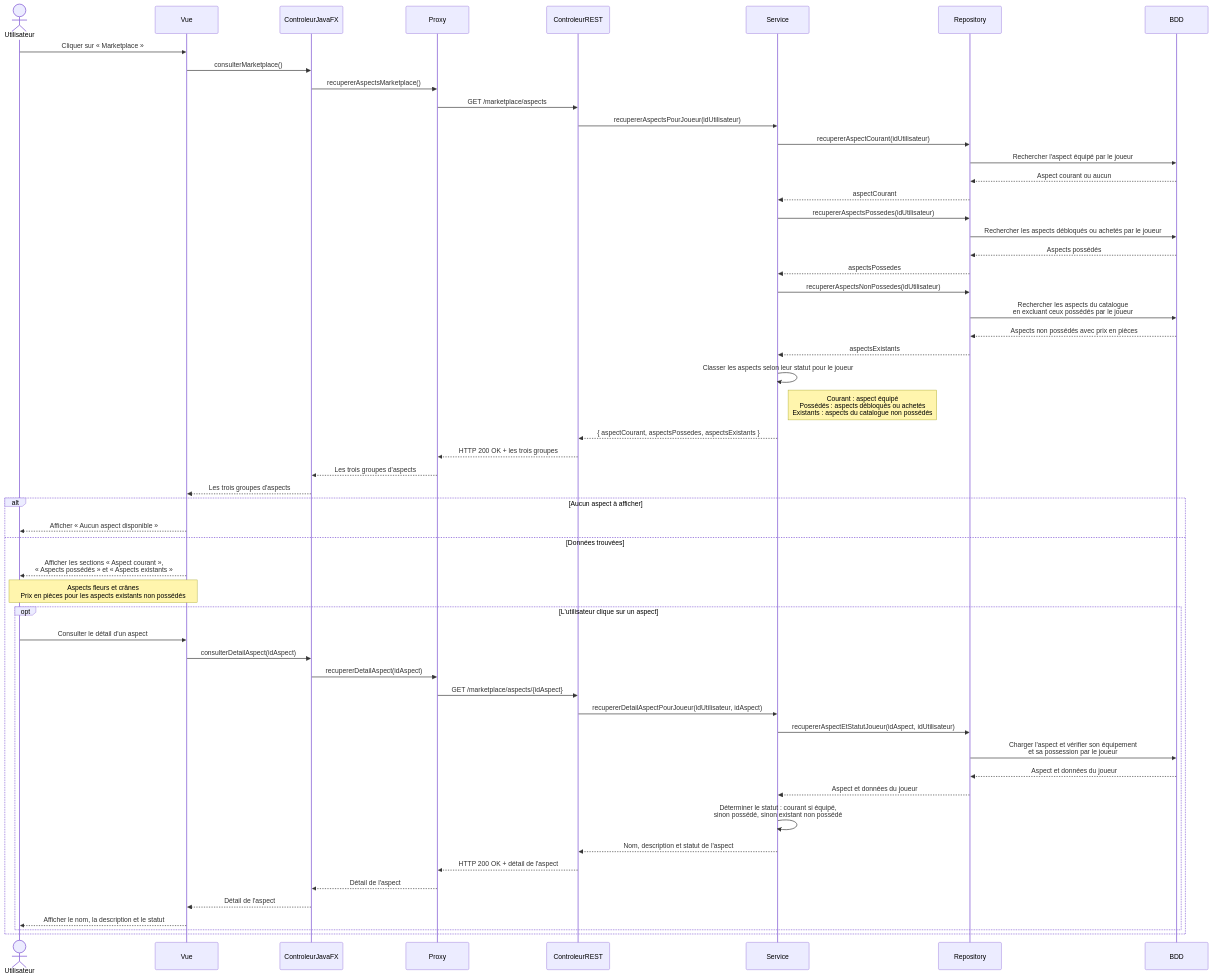
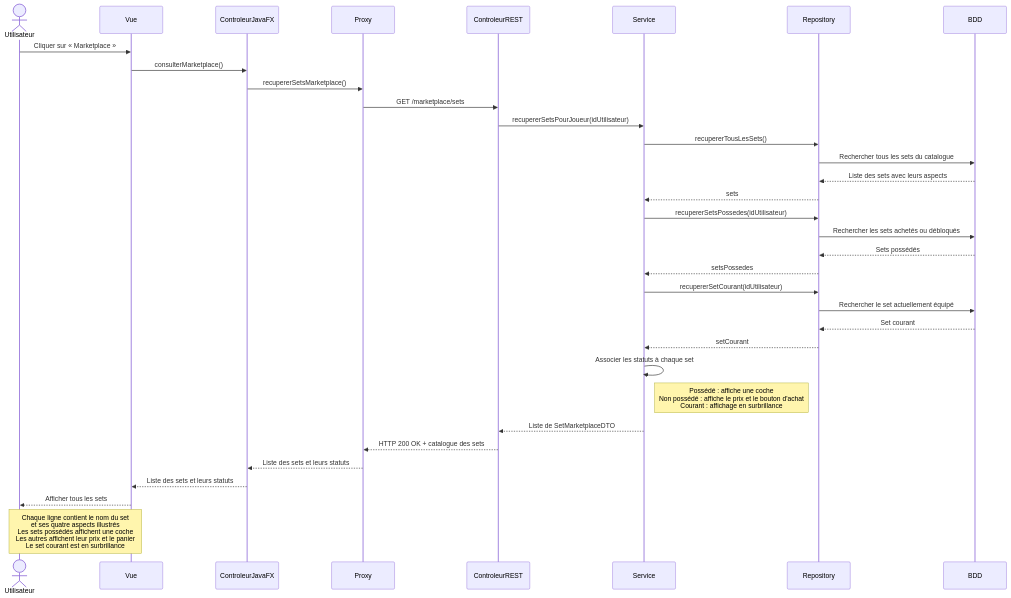
One commit to AbdelkaderCms/skull-groupe-2 changed the diagram in Conception/diagrammes-sequence/consulter_marketplace.mmd. Above: the diagram before and after it, drawn with Mermaid. The commit also changed 18 other files, not shown here.

```diff
--- a/Conception/diagrammes-sequence/consulter_marketplace.mmd
+++ b/Conception/diagrammes-sequence/consulter_marketplace.mmd
@@ -1,62 +1,42 @@
+
 sequenceDiagram
     actor U as Utilisateur
     participant V as Vue
     participant C as ControleurJavaFX
     participant P as Proxy
     participant API as ControleurREST
     participant S as Service
     participant R as Repository
     participant DB as BDD
 
     U->>V: Cliquer sur « Marketplace »
     V->>C: consulterMarketplace()
-    C->>P: recupererAspectsMarketplace()
-    P->>API: GET /marketplace/aspects
-    API->>S: recupererAspectsPourJoueur(idUtilisateur)
+    C->>P: recupererSetsMarketplace()
+    P->>API: GET /marketplace/sets
+    API->>S: recupererSetsPourJoueur(idUtilisateur)
 
-    S->>R: recupererAspectCourant(idUtilisateur)
-    R->>DB: Rechercher l'aspect équipé par le joueur
-    DB-->>R: Aspect courant ou aucun
-    R-->>S: aspectCourant
+    S->>R: recupererTousLesSets()
+    R->>DB: Rechercher tous les sets du catalogue
+    DB-->>R: Liste des sets avec leurs aspects
+    R-->>S: sets
 
-    S->>R: recupererAspectsPossedes(idUtilisateur)
-    R->>DB: Rechercher les aspects débloqués ou achetés par le joueur
-    DB-->>R: Aspects possédés
-    R-->>S: aspectsPossedes
+    S->>R: recupererSetsPossedes(idUtilisateur)
+    R->>DB: Rechercher les sets achetés ou débloqués
+    DB-->>R: Sets possédés
+    R-->>S: setsPossedes
 
-    S->>R: recupererAspectsNonPossedes(idUtilisateur)
-    R->>DB: Rechercher les aspects du catalogue<br/>en excluant ceux possédés par le joueur
-    DB-->>R: Aspects non possédés avec prix en pièces
-    R-->>S: aspectsExistants
+    S->>R: recupererSetCourant(idUtilisateur)
+    R->>DB: Rechercher le set actuellement équipé
+    DB-->>R: Set courant
+    R-->>S: setCourant
 
-    S->>S: Classer les aspects selon leur statut pour le joueur
-    Note right of S: Courant : aspect équipé<br/>Possédés : aspects débloqués ou achetés<br/>Existants : aspects du catalogue non possédés
-    S-->>API: { aspectCourant, aspectsPossedes, aspectsExistants }
-    API-->>P: HTTP 200 OK + les trois groupes
-    P-->>C: Les trois groupes d'aspects
-    C-->>V: Les trois groupes d'aspects
+    S->>S: Associer les statuts à chaque set
+    Note right of S: Possédé : affiche une coche<br/>Non possédé : affiche le prix et le bouton d'achat<br/>Courant : affichage en surbrillance
 
-    alt Aucun aspect à afficher
-        V-->>U: Afficher « Aucun aspect disponible »
-    else Données trouvées
-        V-->>U: Afficher les sections « Aspect courant »,<br/>« Aspects possédés » et « Aspects existants »
-        Note over U,V: Aspects fleurs et crânes<br/>Prix en pièces pour les aspects existants non possédés
+    S-->>API: Liste de SetMarketplaceDTO
+    API-->>P: HTTP 200 OK + catalogue des sets
+    P-->>C: Liste des sets et leurs statuts
+    C-->>V: Liste des sets et leurs statuts
 
-        opt L'utilisateur clique sur un aspect
-            U->>V: Consulter le détail d'un aspect
-            V->>C: consulterDetailAspect(idAspect)
-            C->>P: recupererDetailAspect(idAspect)
-            P->>API: GET /marketplace/aspects/{idAspect}
-            API->>S: recupererDetailAspectPourJoueur(idUtilisateur, idAspect)
-            S->>R: recupererAspectEtStatutJoueur(idAspect, idUtilisateur)
-            R->>DB: Charger l'aspect et vérifier son équipement<br/>et sa possession par le joueur
-            DB-->>R: Aspect et données du joueur
-            R-->>S: Aspect et données du joueur
-            S->>S: Déterminer le statut : courant si équipé,<br/>sinon possédé, sinon existant non possédé
-            S-->>API: Nom, description et statut de l'aspect
-            API-->>P: HTTP 200 OK + détail de l'aspect
-            P-->>C: Détail de l'aspect
-            C-->>V: Détail de l'aspect
-            V-->>U: Afficher le nom, la description et le statut
-        end
-    end
+    V-->>U: Afficher tous les sets
+    Note over U,V: Chaque ligne contient le nom du set<br/>et ses quatre aspects illustrés<br/>Les sets possédés affichent une coche<br/>Les autres affichent leur prix et le panier<br/>Le set courant est en surbrillance
```
